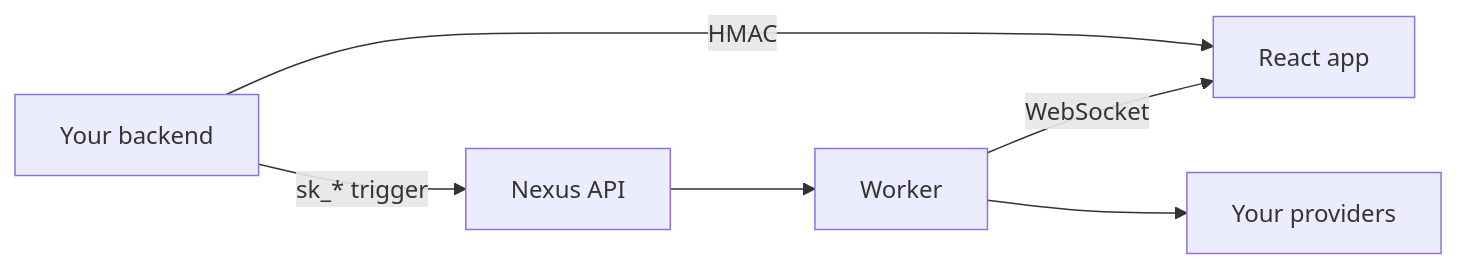
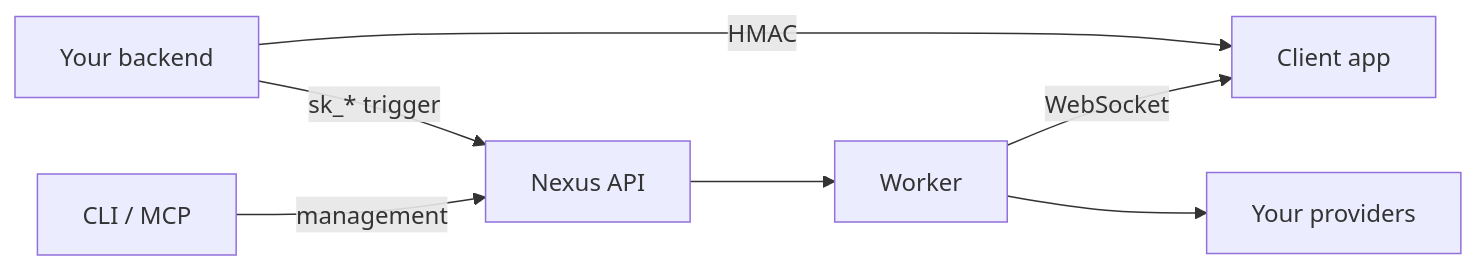
The diagram in content/docs/en/sdk/index.mdx (KriyanshKhunt/nexus_docs), drawn with Mermaid before and after one commit. The commit also changed other lines of this file and 119 other files, not shown here.

````diff
--- a/content/docs/en/sdk/index.mdx
+++ b/content/docs/en/sdk/index.mdx
@@ -18,8 +30,9 @@
 ```mermaid
 flowchart LR
   BE[Your backend] -->|sk_* trigger| API[Nexus API]
-  BE -->|HMAC| FE[React app]
+  BE -->|HMAC| FE[Client app]
   API --> W[Worker]
   W -->|WebSocket| FE
   W --> P[Your providers]
+  CLI[CLI / MCP] -->|management| API
 ```
````
